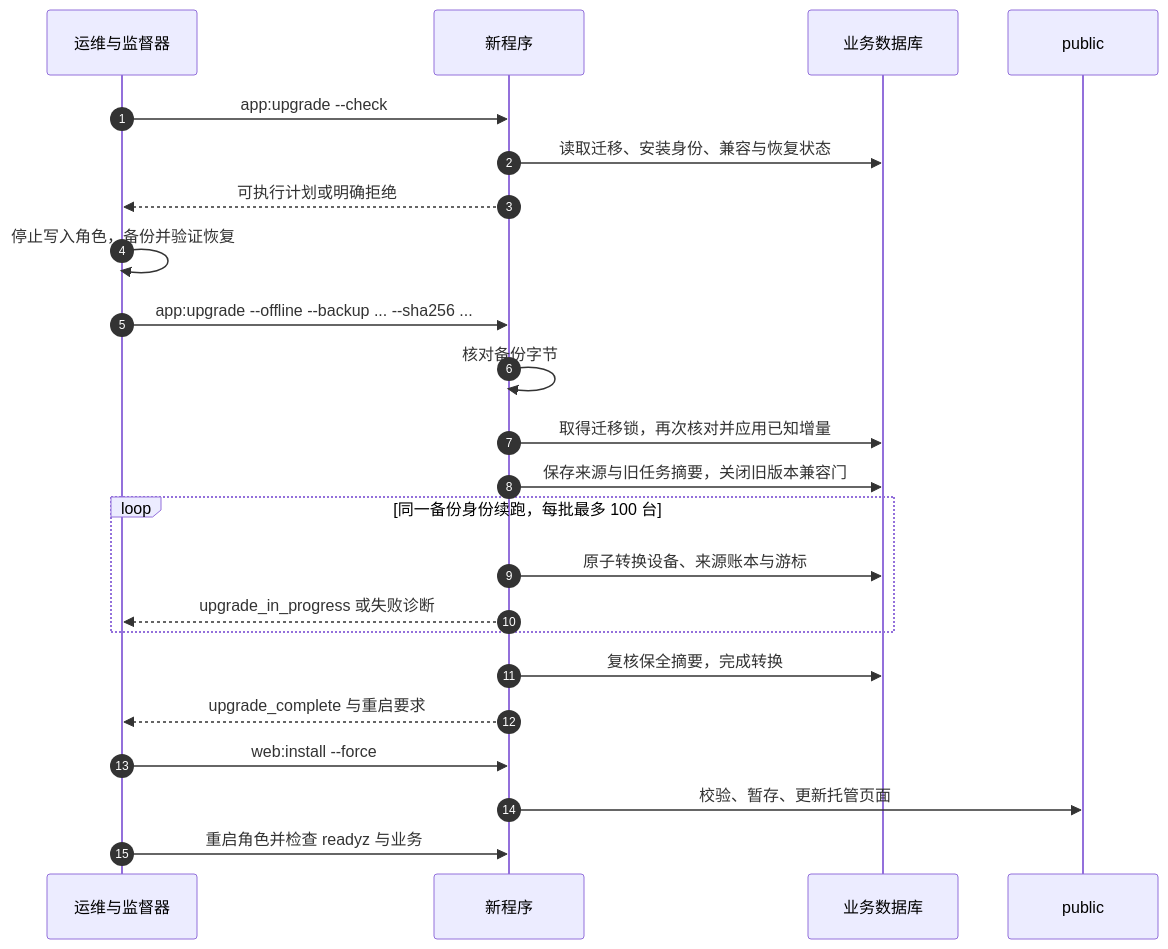
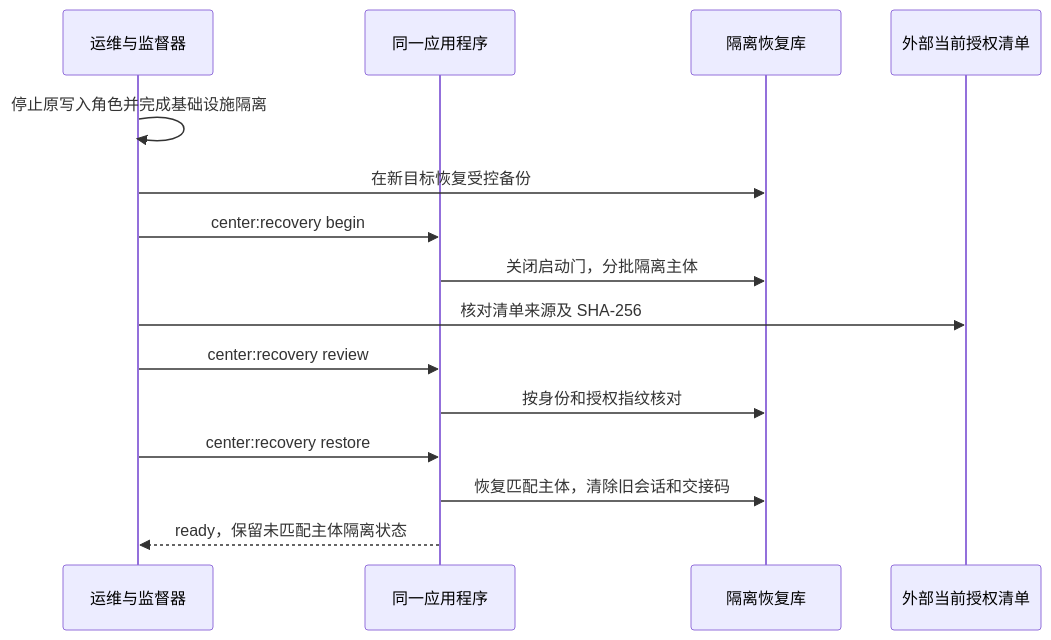
The fourth of 4 diagrams in docs/guide/deployment.md (zoujingli/typeapp), drawn with Mermaid before and after one commit. The commit also changed other lines of this file and 1518 other files, not shown here.

````diff
--- a/docs/guide/deployment.md
+++ b/docs/guide/deployment.md
@@ -292,25 +262,17 @@
 ```mermaid
 sequenceDiagram
-  autonumber
   participant O as 运维与监督器
-  participant A as 新程序
-  participant D as 业务数据库
-  participant P as public
-  O->>A: app:upgrade --check
-  A->>D: 读取迁移、安装身份、兼容与恢复状态
-  A-->>O: 可执行计划或明确拒绝
-  O->>O: 停止写入角色，备份并验证恢复
-  O->>A: app:upgrade --offline --backup ... --sha256 ...
-  A->>A: 核对备份字节
-  A->>D: 取得迁移锁，再次核对并应用已知增量
-  A->>D: 保存来源与旧任务摘要，关闭旧版本兼容门
-  loop 同一备份身份续跑，每批最多 100 台
-    A->>D: 原子转换设备、来源账本与游标
-    A-->>O: upgrade_in_progress 或失败诊断
-  end
-  A->>D: 复核保全摘要，完成转换
-  A-->>O: upgrade_complete 与重启要求
-  O->>A: web:install --force
-  A->>P: 校验、暂存、更新托管页面
-  O->>A: 重启角色并检查 readyz 与业务
+  participant A as 同一应用程序
+  participant D as 隔离恢复库
+  participant C as 外部当前授权清单
+  O->>O: 停止原写入角色并完成基础设施隔离
+  O->>D: 在新目标恢复受控备份
+  O->>A: center:recovery begin
+  A->>D: 关闭启动门，分批隔离主体
+  O->>C: 核对清单来源及 SHA-256
+  O->>A: center:recovery review
+  A->>D: 按身份和授权指纹核对
+  O->>A: center:recovery restore
+  A->>D: 恢复匹配主体，清除旧会话和交接码
+  A-->>O: ready，保留未匹配主体隔离状态
 ```
````
